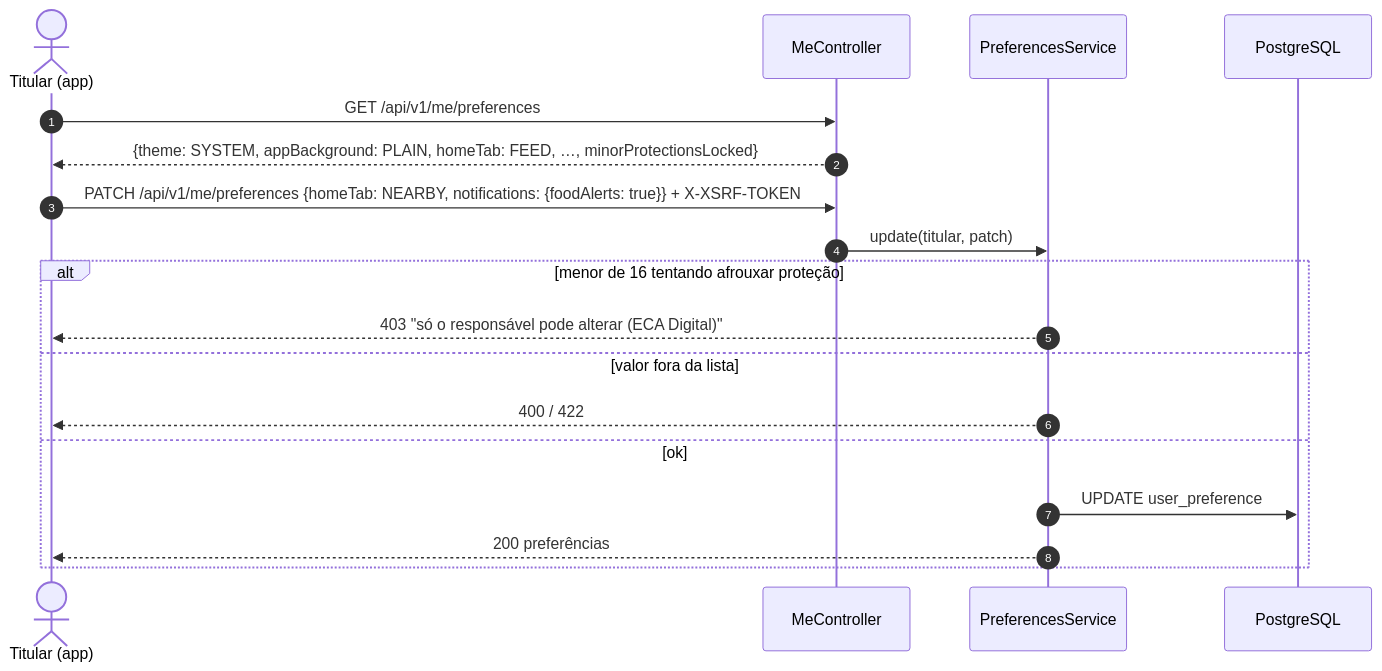
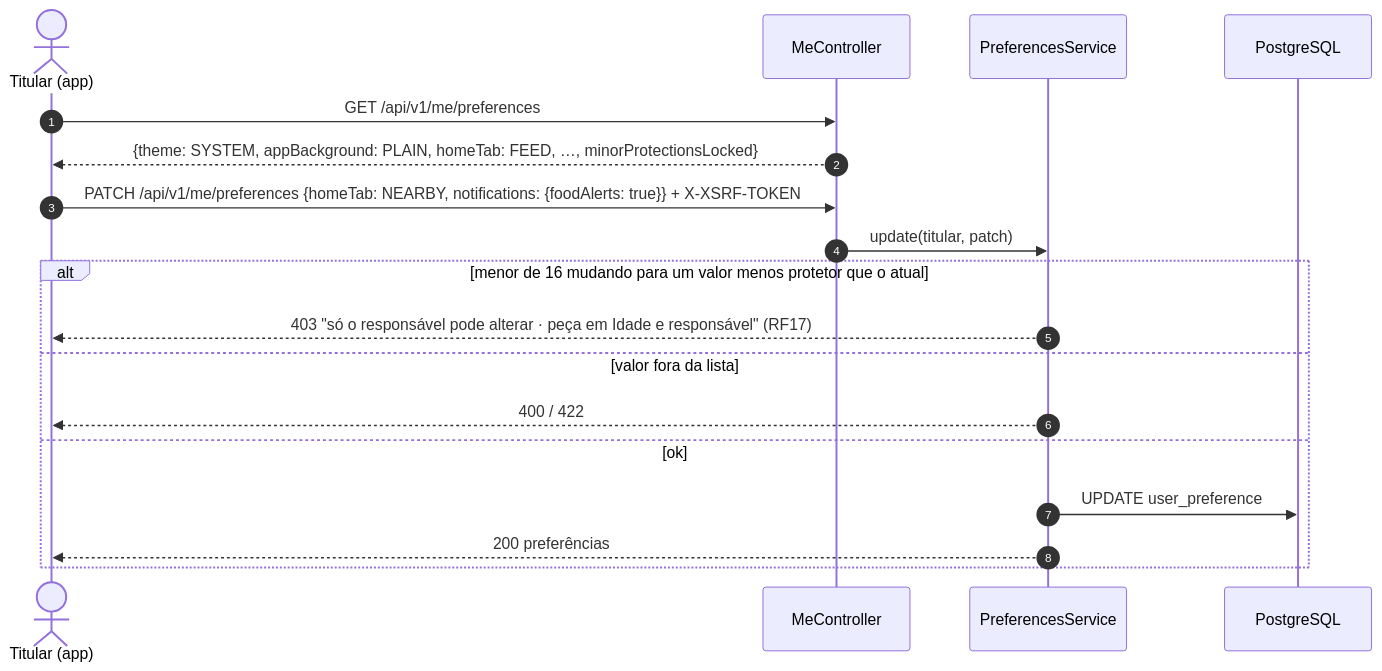
The first of 3 diagrams in docs/RF2/sequencia.md (MatheusHaliski/Friendly-Eats), drawn with Mermaid before and after one commit. The commit also changed 45 other files, not shown here.

````diff
--- a/docs/RF2/sequencia.md
+++ b/docs/RF2/sequencia.md
@@ -5,21 +5,21 @@
 ```mermaid
 sequenceDiagram
     autonumber
     actor T as Titular (app)
     participant API as MeController
     participant S as PreferencesService
     participant DB as PostgreSQL
 
     T->>API: GET /api/v1/me/preferences
     API-->>T: {theme: SYSTEM, appBackground: PLAIN, homeTab: FEED, …, minorProtectionsLocked}
     T->>API: PATCH /api/v1/me/preferences {homeTab: NEARBY, notifications: {foodAlerts: true}} + X-XSRF-TOKEN
     API->>S: update(titular, patch)
-    alt menor de 16 tentando afrouxar proteção
-        S-->>T: 403 "só o responsável pode alterar (ECA Digital)"
+    alt menor de 16 mudando para um valor menos protetor que o atual
+        S-->>T: 403 "só o responsável pode alterar · peça em Idade e responsável" (RF17)
     else valor fora da lista
         S-->>T: 400 / 422
     else ok
         S->>DB: UPDATE user_preference
         S-->>T: 200 preferências
     end
 ```
````
